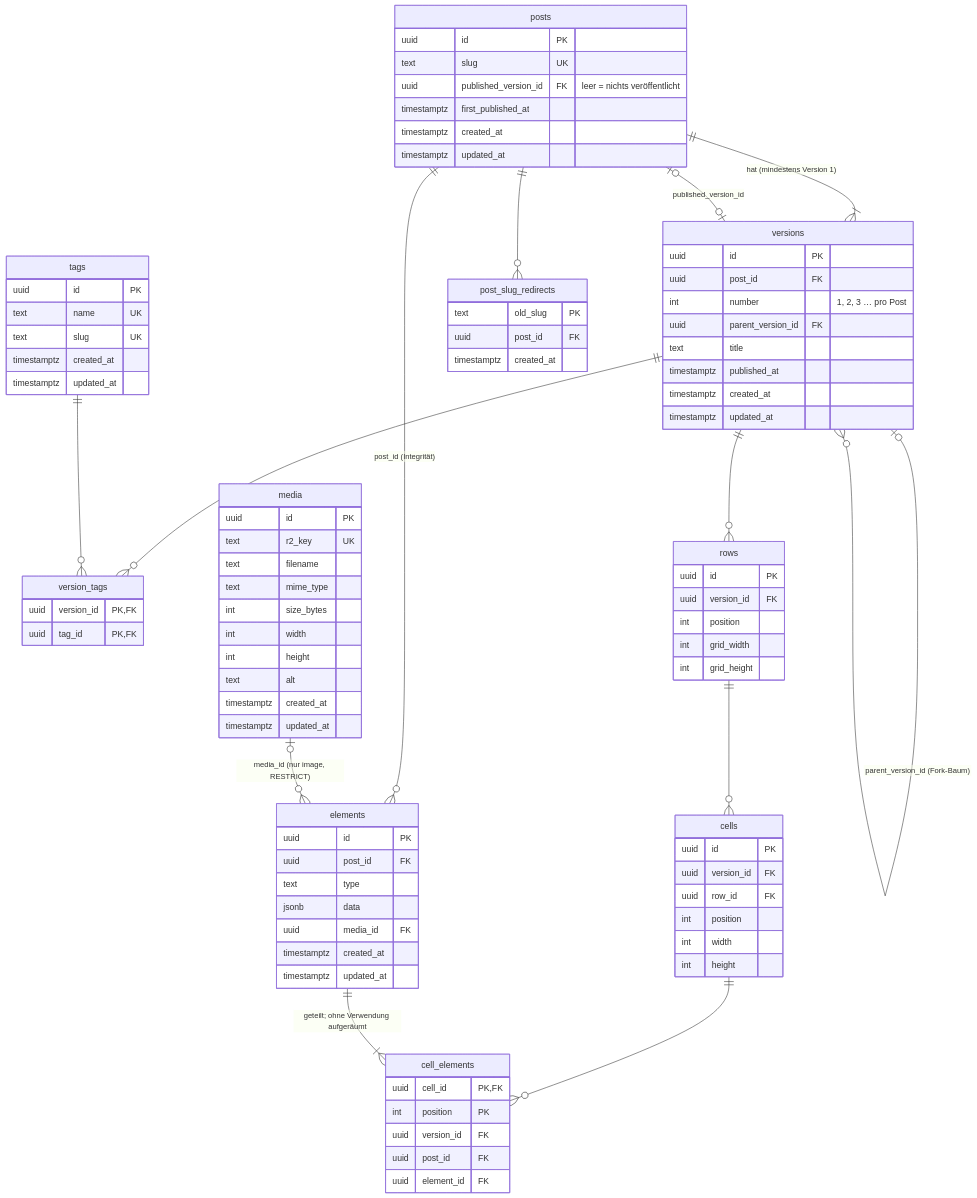
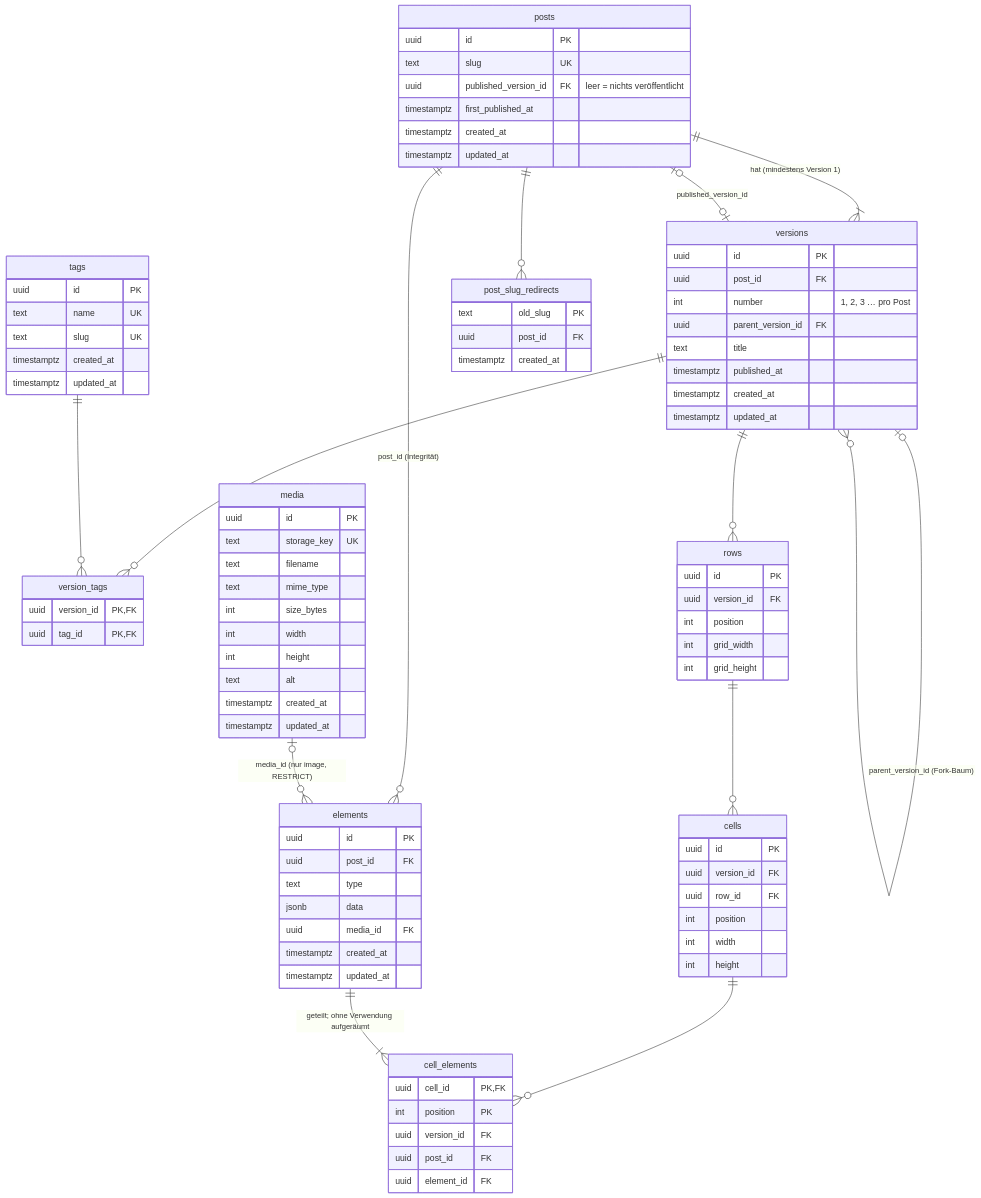
One commit to weedukind/root-yourself changed the diagram in docs/concept.md. Above: the diagram before and after it, drawn with Mermaid. The commit also changed other lines of this file and 26 other files, not shown here.

```diff
--- a/docs/concept.md
+++ b/docs/concept.md
@@ -233,7 +237,7 @@
     }
     media {
         uuid id PK
-        text r2_key UK
+        text storage_key UK
         text filename
         text mime_type
         int size_bytes
```
